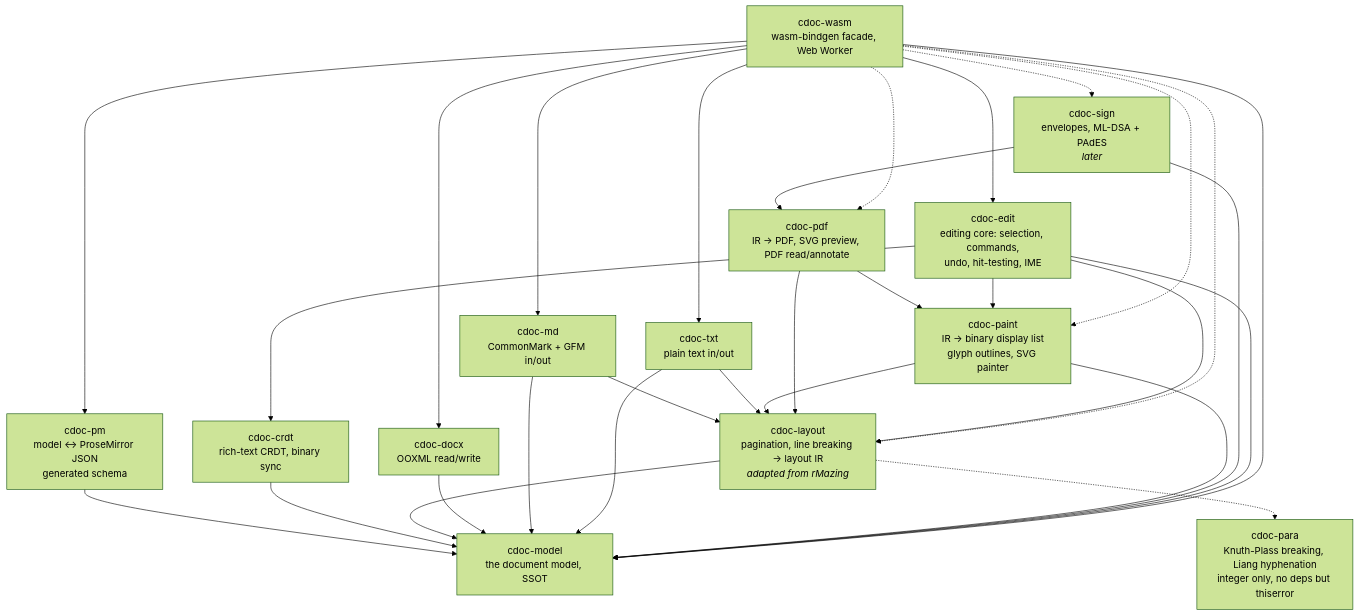
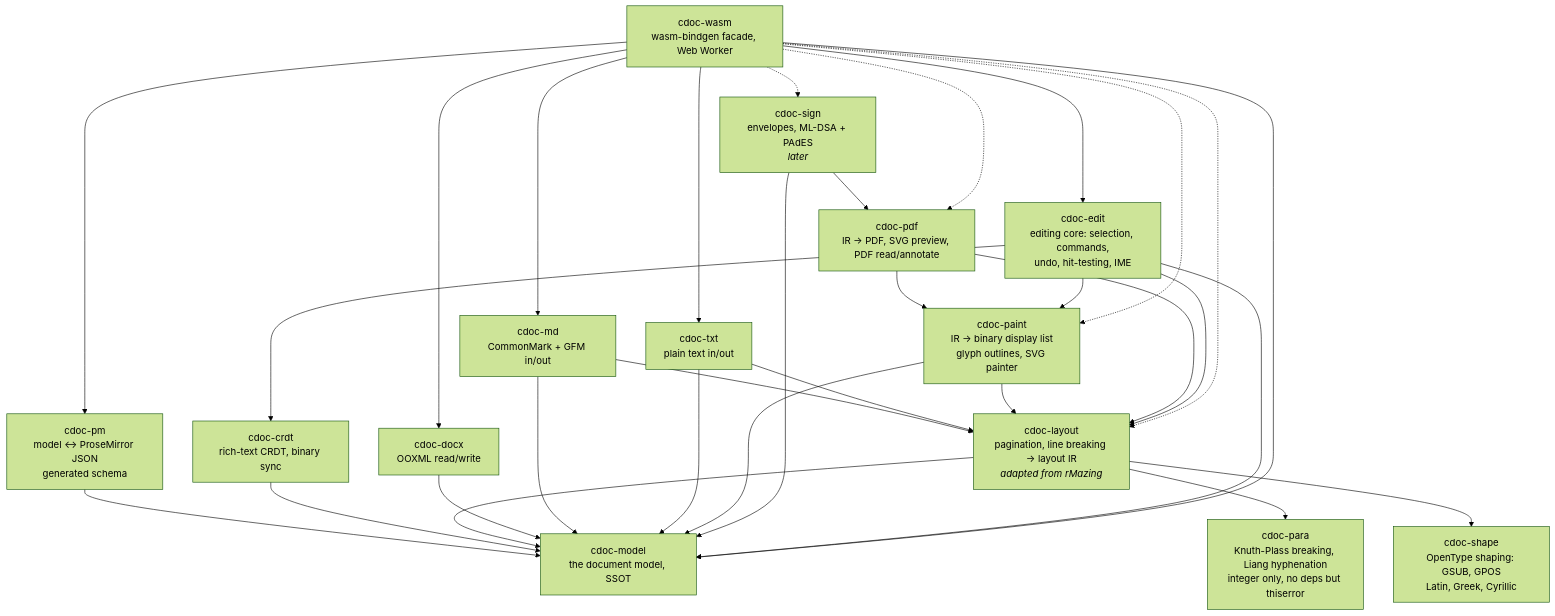
One commit to Avarok-Cybersecurity/citadel-docs changed the diagram in ARCHITECTURE.md. Above: the diagram before and after it, drawn with Mermaid (forest theme). The commit also changed other lines of this file and 116 other files, not shown here.

````diff
--- a/ARCHITECTURE.md
+++ b/ARCHITECTURE.md
@@ -12,46 +12,48 @@
 ```mermaid
 graph TD
     model[cdoc-model<br/>the document model, SSOT]
     pm[cdoc-pm<br/>model ↔ ProseMirror JSON<br/>generated schema]
     layout[cdoc-layout<br/>pagination, line breaking → layout IR<br/><i>adapted from rMazing</i>]
     para[cdoc-para<br/>Knuth-Plass breaking, Liang hyphenation<br/>integer only, no deps but thiserror]
+    shape[cdoc-shape<br/>OpenType shaping: GSUB, GPOS<br/>Latin, Greek, Cyrillic]
     paint[cdoc-paint<br/>IR → binary display list<br/>glyph outlines, SVG painter]
     pdf[cdoc-pdf<br/>IR → PDF, SVG preview, PDF read/annotate]
     docx[cdoc-docx<br/>OOXML read/write]
     md[cdoc-md<br/>CommonMark + GFM in/out]
     txt[cdoc-txt<br/>plain text in/out]
     sign[cdoc-sign<br/>envelopes, ML-DSA + PAdES<br/><i>later</i>]
     wasm[cdoc-wasm<br/>wasm-bindgen facade, Web Worker]
     crdt[cdoc-crdt<br/>rich-text CRDT, binary sync]
     edit[cdoc-edit<br/>editing core: selection, commands,<br/>undo, hit-testing, IME]
 
     pm --> model
     crdt --> model
     layout --> model
-    layout -.-> para
+    layout --> para
+    layout --> shape
     docx --> model
     md --> model
     md --> layout
     txt --> model
     txt --> layout
     paint --> layout
     paint --> model
     pdf --> layout
     pdf --> paint
     sign --> pdf
     sign --> model
     edit --> crdt
     edit --> model
     edit --> layout
     edit --> paint
     wasm --> edit
     wasm --> pm
     wasm --> model
     wasm -.-> layout
     wasm -.-> pdf
     wasm -.-> paint
     wasm --> docx
     wasm --> md
     wasm --> txt
     wasm -.-> sign
 ```
````
